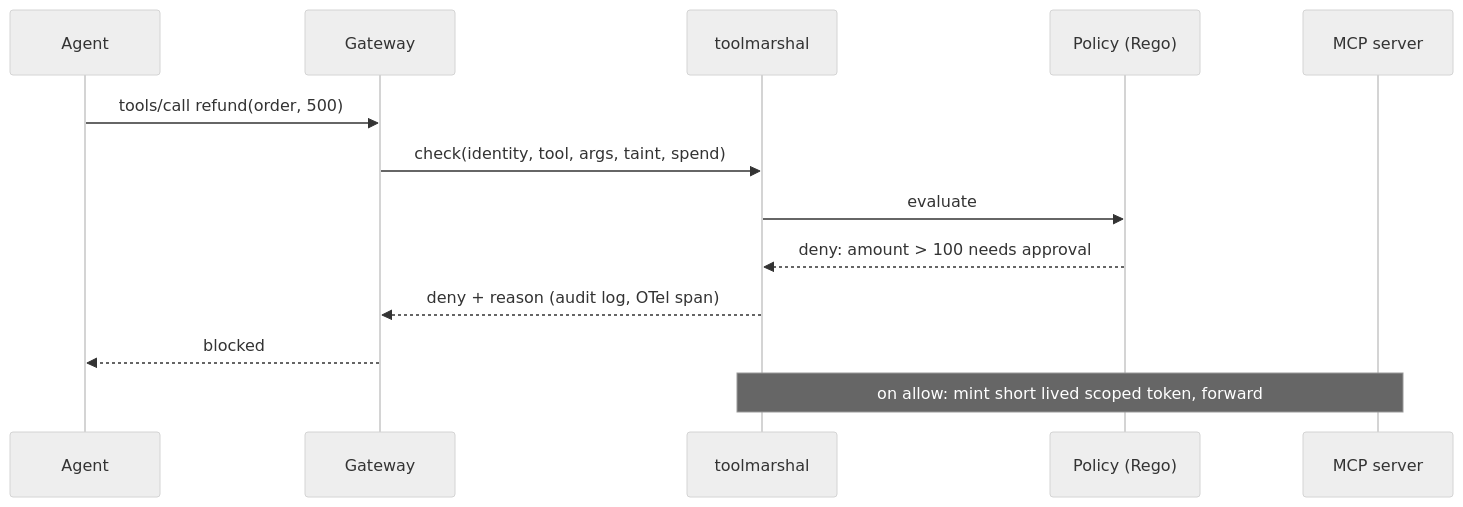
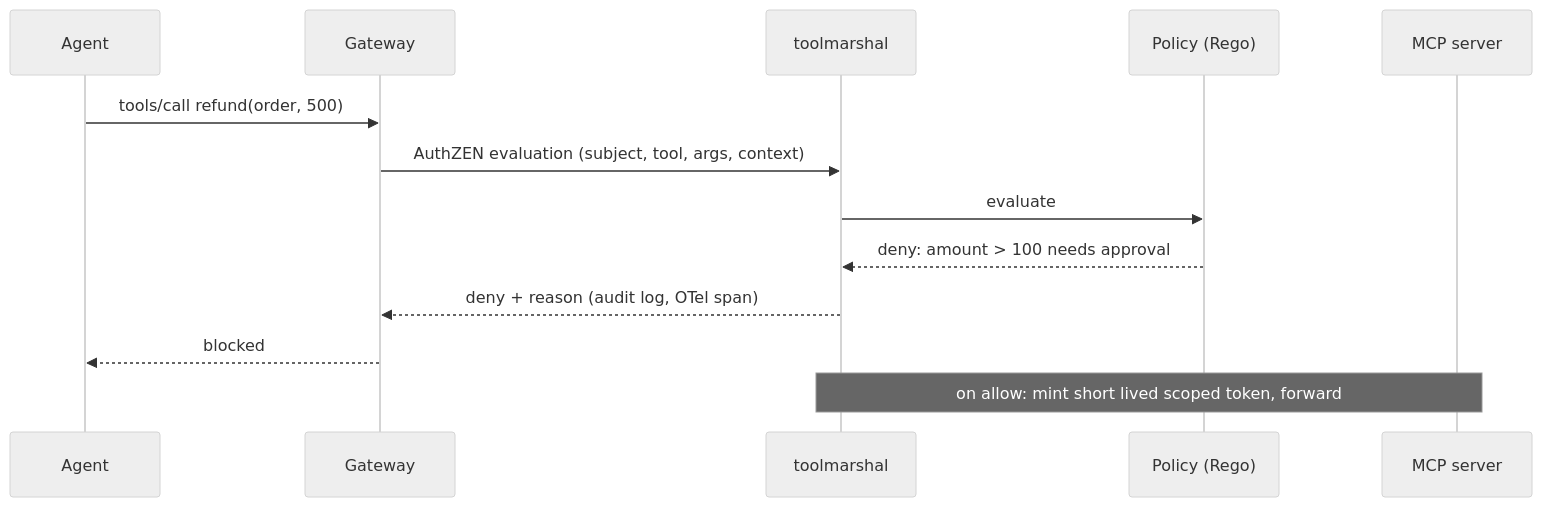
Before and after one commit to thirumal1206/toolmarshal: the diagram in README.md, drawn with Mermaid (neutral theme). The commit also changed other lines of this file and 1 other file, not shown here.

Commit message:
docs: reposition around AuthZEN and reorder the backlog (#14)

````diff
--- a/README.md
+++ b/README.md
@@ -17,15 +21,15 @@
 ```mermaid
 sequenceDiagram
     participant A as Agent
     participant G as Gateway
     participant T as toolmarshal
     participant P as Policy (Rego)
     participant M as MCP server
     A->>G: tools/call refund(order, 500)
-    G->>T: check(identity, tool, args, taint, spend)
+    G->>T: AuthZEN evaluation (subject, tool, args, context)
     T->>P: evaluate
     P-->>T: deny: amount > 100 needs approval
     T-->>G: deny + reason (audit log, OTel span)
     G-->>A: blocked
     Note over T,M: on allow: mint short lived scoped token, forward
 ```
````
